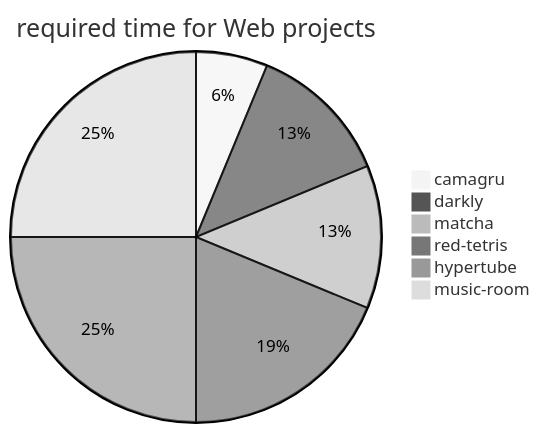
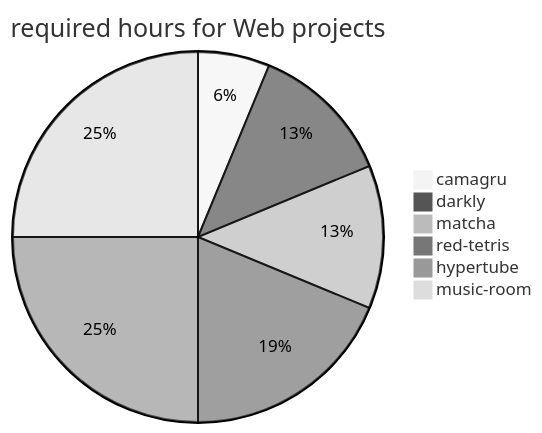
One commit to jmcheon/web_mobile_branch changed the second of 6 diagrams in README.md. Above: the diagram before and after it, drawn with Mermaid (neutral theme). The commit also changed other lines of this file, not shown here.

````diff
--- a/README.md
+++ b/README.md
@@ -42,9 +49,9 @@
 ```mermaid
-pie  title required time for Web projects
+pie  title required hours for Web projects
 	"camagru"  : 49
 	"darkly"  : 98
 	"matcha"  : 98
 	"red-tetris"  : 147
 	"hypertube"  : 196
 	"music-room"  : 196
 ```
````
